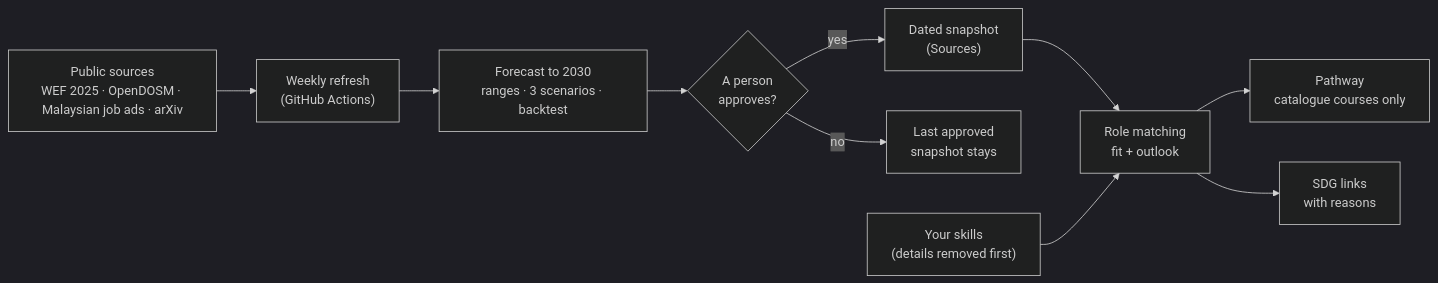
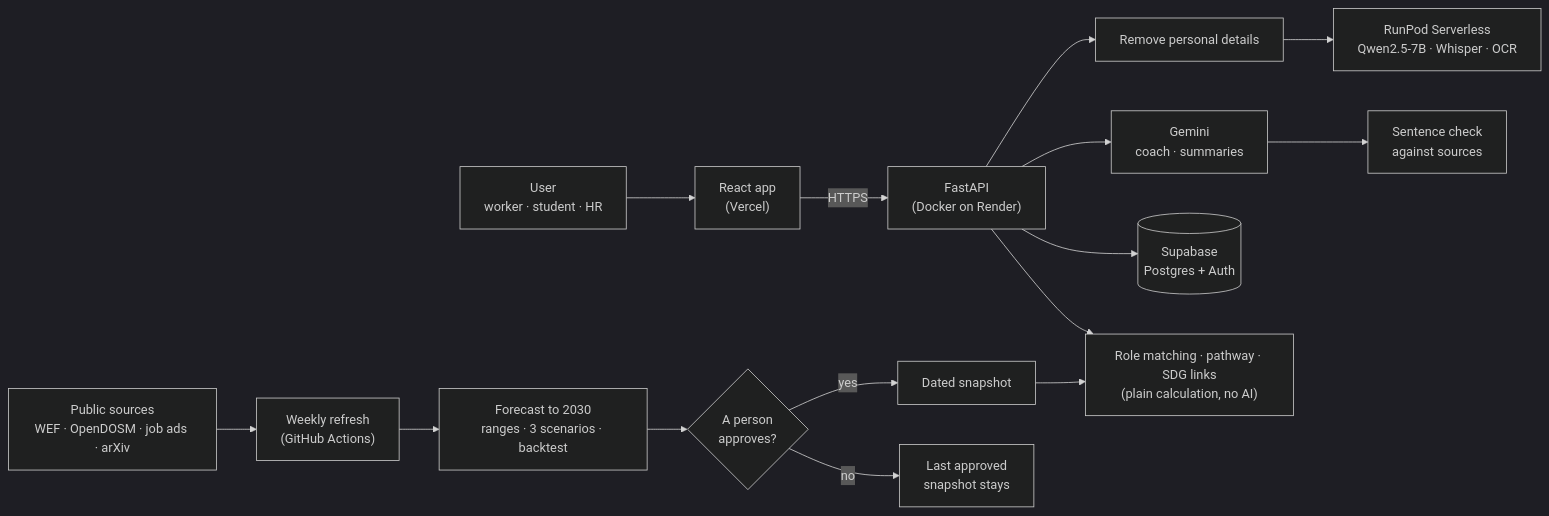
The diagram in README.md (tanhongsheng050204-code/SDC-HACKATHON-2026---MADE-IN-UTM), drawn with Mermaid (dark theme) before and after one commit. The commit also changed other lines of this file and 5 other files, not shown here.

````diff
--- a/README.md
+++ b/README.md
@@ -81,12 +152,15 @@
 ```mermaid
 flowchart LR
-  SRC["Public sources<br/>WEF 2025 · OpenDOSM · Malaysian job ads · arXiv"] --> REF["Weekly refresh<br/>(GitHub Actions)"]
+  U["User<br/>worker · student · HR"] --> FE["React app<br/>(Vercel)"]
+  FE -->|HTTPS| API["FastAPI<br/>(Docker on Render)"]
+  API --> DEID["Remove personal details"] --> RP["RunPod Serverless<br/>Qwen2.5-7B · Whisper · OCR"]
+  API --> GEM["Gemini<br/>coach · summaries"] --> CHK["Sentence check<br/>against sources"]
+  API --> DB[("Supabase<br/>Postgres + Auth")]
+  SRC["Public sources<br/>WEF · OpenDOSM · job ads · arXiv"] --> REF["Weekly refresh<br/>(GitHub Actions)"]
   REF --> FC["Forecast to 2030<br/>ranges · 3 scenarios · backtest"]
   FC --> OK{"A person<br/>approves?"}
-  OK -- yes --> SNAP["Dated snapshot<br/>(Sources)"]
+  OK -- yes --> SNAP["Dated snapshot"]
   OK -- no --> KEEP["Last approved<br/>snapshot stays"]
-  SNAP --> MATCH["Role matching<br/>fit + outlook"]
-  CV["Your skills<br/>(details removed first)"] --> MATCH
-  MATCH --> PATH["Pathway<br/>catalogue courses only"]
-  MATCH --> SDG["SDG links<br/>with reasons"]
+  SNAP --> MATCH["Role matching · pathway · SDG links<br/>(plain calculation, no AI)"]
+  API --> MATCH
 ```
````
